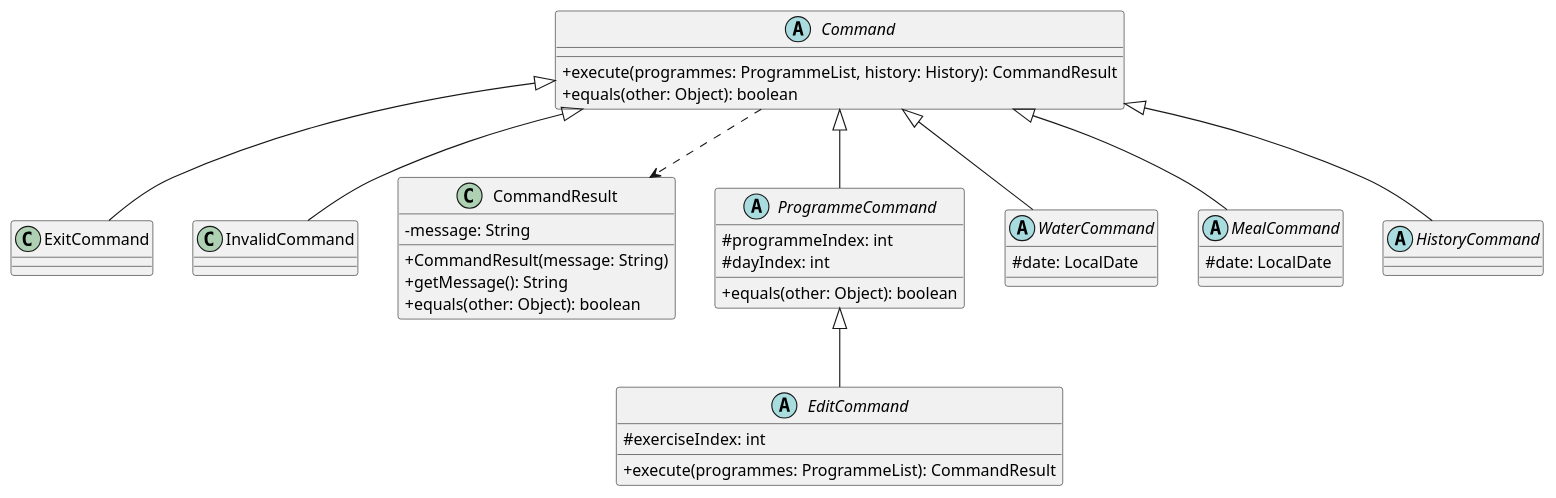
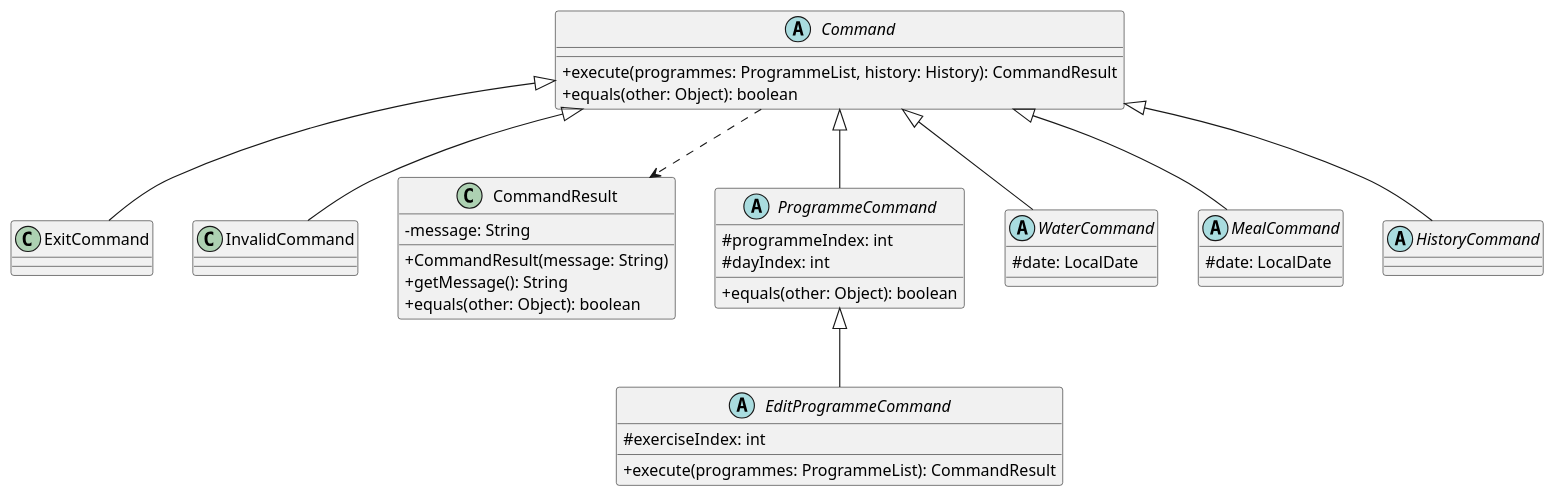
Before and after one commit to nus-cs2113-AY2425S1/tp: the diagram in docs/diagrams/commandSummary.puml, drawn with PlantUML. The commit also changed 19 other files, not shown here.

Commit message:
Polish Edit Command documentation

```diff
--- a/docs/diagrams/commandSummary.puml
+++ b/docs/diagrams/commandSummary.puml
@@ -1,53 +1,53 @@
 @startuml
 skinparam classAttributeIconSize 0
 
 abstract class Command {
     + execute(programmes: ProgrammeList, history: History): CommandResult
     + equals(other: Object): boolean
 }
 
 class ExitCommand {
 }
 
 class InvalidCommand {
 }
 
 class CommandResult {
     - message: String
     + CommandResult(message: String)
     + getMessage(): String
     + equals(other: Object): boolean
 }
 
 abstract class ProgrammeCommand {
     # programmeIndex: int
     # dayIndex: int
     + equals(other: Object): boolean
 }
 
-abstract class EditCommand {
+abstract class EditProgrammeCommand {
     # exerciseIndex: int
     + execute(programmes: ProgrammeList): CommandResult
 }
 
 abstract class WaterCommand {
     # date: LocalDate
 }
 
 abstract class MealCommand {
     # date: LocalDate
 }
 
 abstract class HistoryCommand {
 }
 
 Command <|-- ProgrammeCommand
 Command <|-- ExitCommand
 Command <|-- InvalidCommand
 Command <|-- WaterCommand
 Command <|-- MealCommand
 Command <|-- HistoryCommand
-ProgrammeCommand <|-- EditCommand
+ProgrammeCommand <|-- EditProgrammeCommand
 Command ..> CommandResult
 
 @enduml
```
